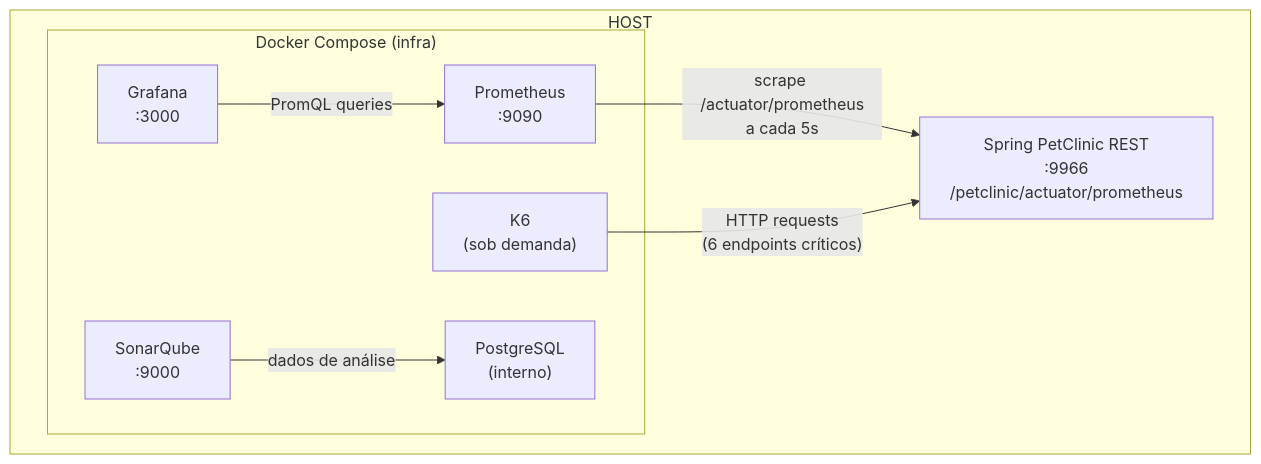
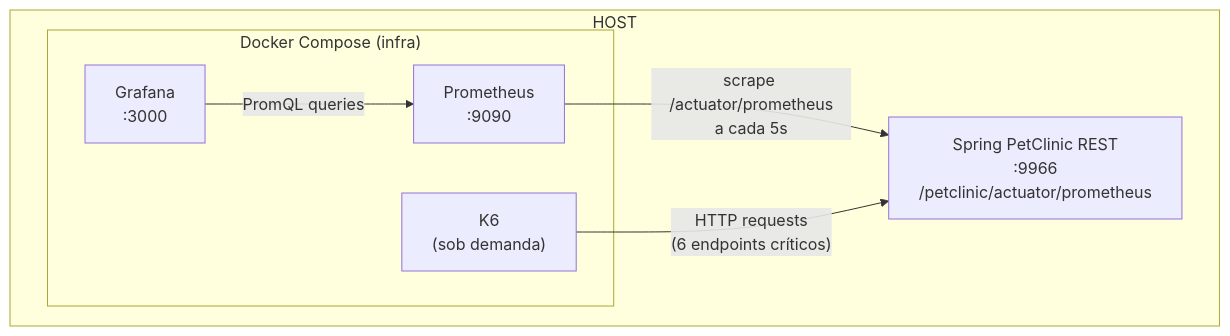
The diagram in LEIAME.md (diogomasc/infra-refactoring-metrics), drawn with Mermaid before and after one commit. The commit also changed other lines of this file and 2 other files, not shown here.

Commit message:
chore: remove SonarQube infrastructure and documentation

````diff
--- a/LEIAME.md
+++ b/LEIAME.md
@@ -11,19 +11,16 @@
 ```mermaid
 flowchart TD
     subgraph HOST["HOST"]
         APP["Spring PetClinic REST\n:9966\n/petclinic/actuator/prometheus"]
 
         subgraph DOCKER["Docker Compose (infra)"]
             PROM["Prometheus\n:9090"]
             GRAF["Grafana\n:3000"]
             K6["K6\n(sob demanda)"]
-            SONAR["SonarQube\n:9000"]
-            PG["PostgreSQL\n(interno)"]
         end
     end
 
     PROM -- "scrape /actuator/prometheus\na cada 5s" --> APP
     K6 -- "HTTP requests\n(6 endpoints críticos)" --> APP
     GRAF -- "PromQL queries" --> PROM
-    SONAR -- "dados de análise" --> PG
 ```
````
